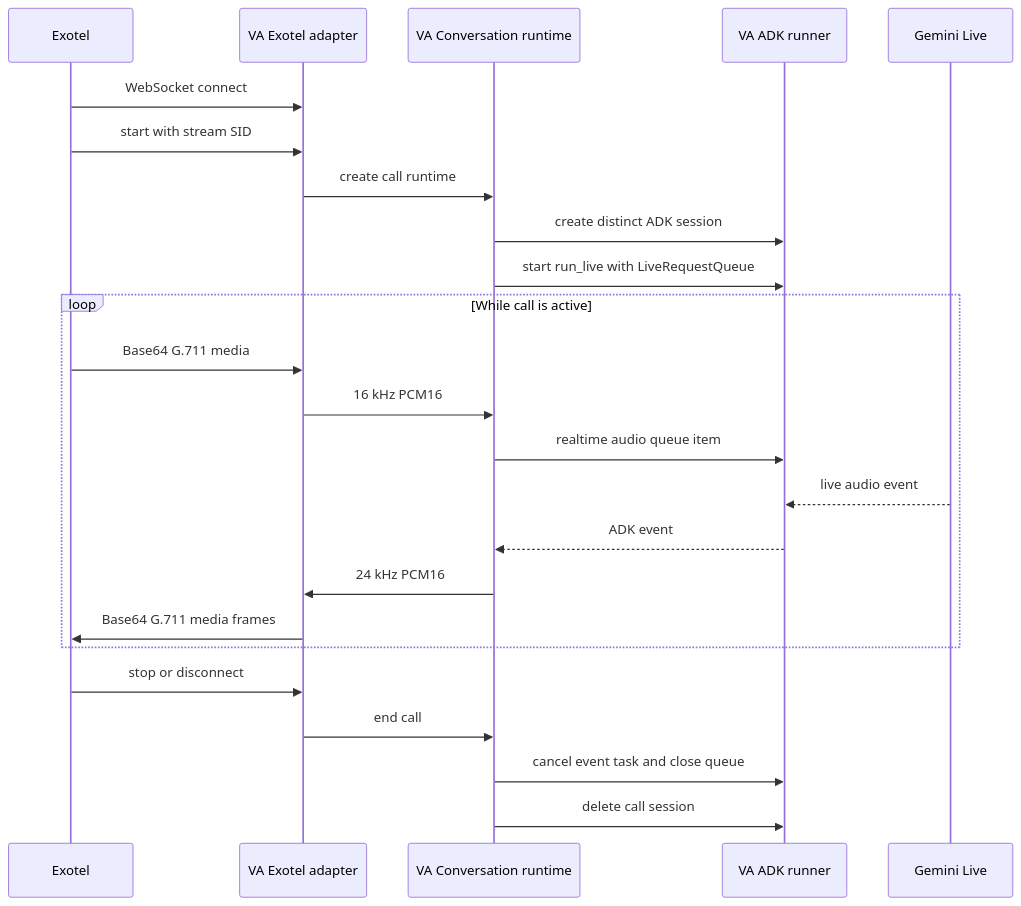
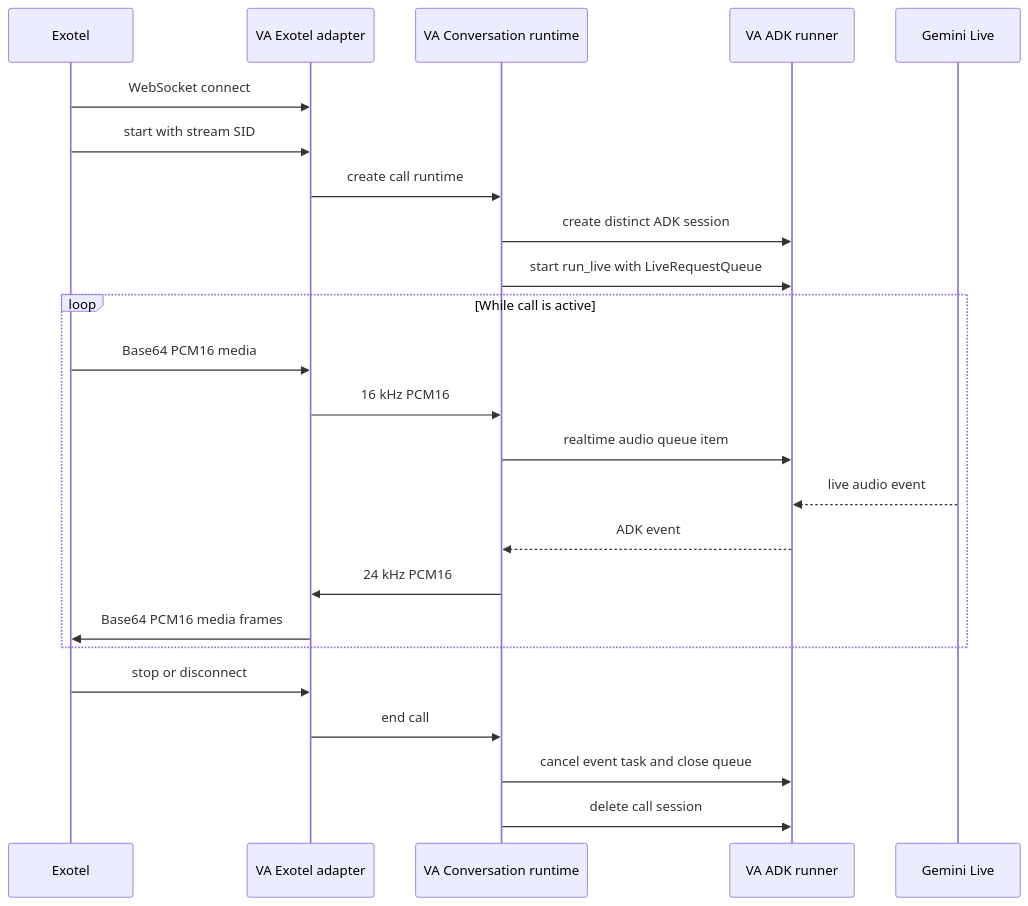
The second of 2 diagrams in service/voice-agent/docs/architecture.md (mriduljain/voice-agent), drawn with Mermaid before and after one commit. The commit also changed other lines of this file and 6 other files, not shown here.

````diff
--- a/service/voice-agent/docs/architecture.md
+++ b/service/voice-agent/docs/architecture.md
@@ -141,29 +143,29 @@
 ```mermaid
 sequenceDiagram
     participant EX as Exotel
     participant VAEX as VA Exotel adapter
     participant VACONV as VA Conversation runtime
     participant VARUN as VA ADK runner
     participant GEM as Gemini Live
 
     EX->>VAEX: WebSocket connect
     EX->>VAEX: start with stream SID
     VAEX->>VACONV: create call runtime
     VACONV->>VARUN: create distinct ADK session
     VACONV->>VARUN: start run_live with LiveRequestQueue
 
     loop While call is active
-        EX->>VAEX: Base64 G.711 media
+        EX->>VAEX: Base64 PCM16 media
         VAEX->>VACONV: 16 kHz PCM16
         VACONV->>VARUN: realtime audio queue item
         GEM-->>VARUN: live audio event
         VARUN-->>VACONV: ADK event
         VACONV->>VAEX: 24 kHz PCM16
-        VAEX->>EX: Base64 G.711 media frames
+        VAEX->>EX: Base64 PCM16 media frames
     end
 
     EX->>VAEX: stop or disconnect
     VAEX->>VACONV: end call
     VACONV->>VARUN: cancel event task and close queue
     VACONV->>VARUN: delete call session
 ```
````
